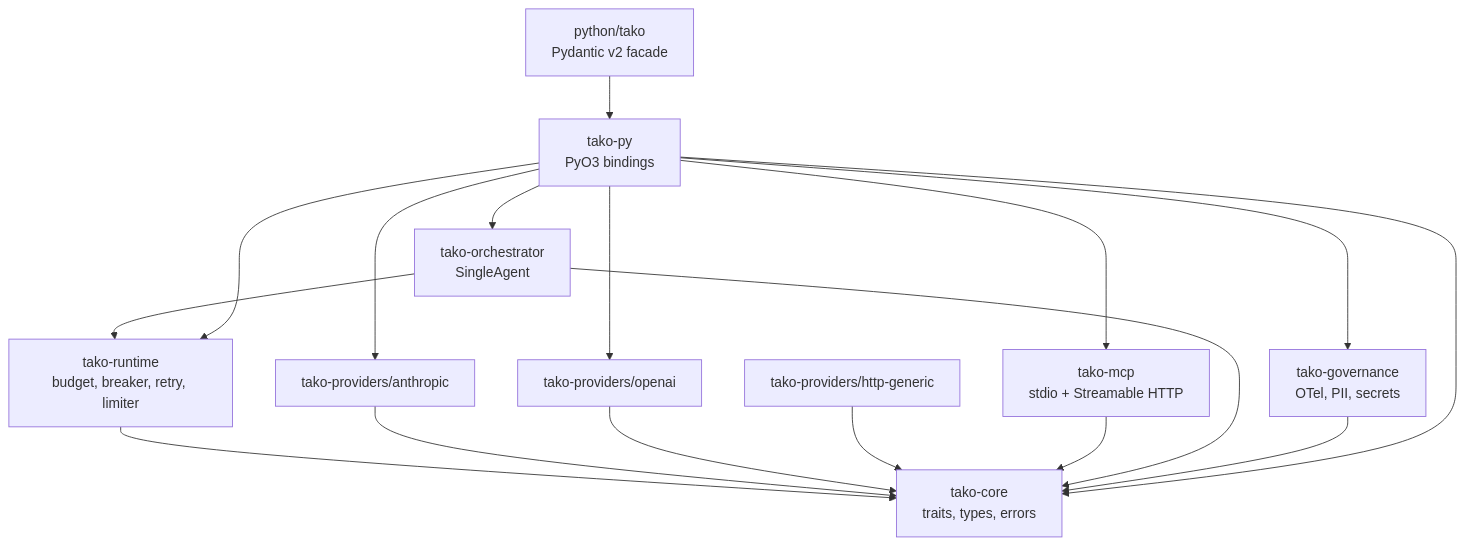
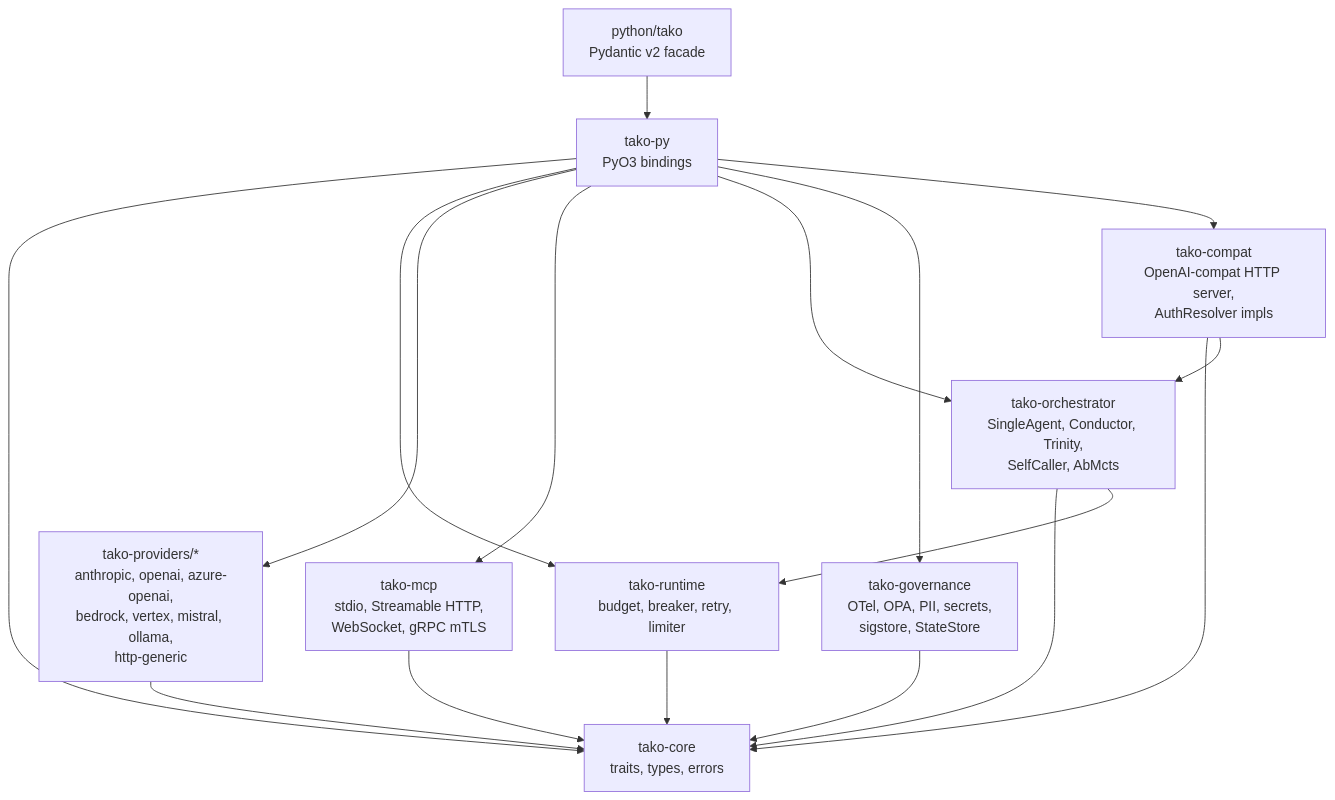
Before and after one commit to nyankobu010/tako-ai-core: the first of 3 diagrams in docs/architecture.md, drawn with Mermaid. The commit also changed other lines of this file and 21 other files, not shown here.

````diff
--- a/docs/architecture.md
+++ b/docs/architecture.md
@@ -8,36 +8,36 @@
 ```mermaid
 graph TD
     core[tako-core<br/>traits, types, errors]
 
     runtime[tako-runtime<br/>budget, breaker, retry, limiter]
     runtime --> core
 
-    anthropic[tako-providers/anthropic]
-    openai[tako-providers/openai]
-    httpgeneric[tako-providers/http-generic]
-    anthropic --> core
-    openai --> core
-    httpgeneric --> core
+    providers[tako-providers/*<br/>anthropic, openai, azure-openai,<br/>bedrock, vertex, mistral, ollama,<br/>http-generic]
+    providers --> core
 
-    mcp[tako-mcp<br/>stdio + Streamable HTTP]
+    mcp[tako-mcp<br/>stdio, Streamable HTTP,<br/>WebSocket, gRPC mTLS]
     mcp --> core
 
-    orch[tako-orchestrator<br/>SingleAgent]
+    orch[tako-orchestrator<br/>SingleAgent, Conductor, Trinity,<br/>SelfCaller, AbMcts]
     orch --> core
     orch --> runtime
 
-    gov[tako-governance<br/>OTel, PII, secrets]
+    gov[tako-governance<br/>OTel, OPA, PII, secrets,<br/>sigstore, StateStore]
     gov --> core
+
+    compat[tako-compat<br/>OpenAI-compat HTTP server,<br/>AuthResolver impls]
+    compat --> core
+    compat --> orch
 
     py[tako-py<br/>PyO3 bindings]
     py --> core
     py --> runtime
-    py --> anthropic
-    py --> openai
+    py --> providers
     py --> mcp
     py --> orch
     py --> gov
+    py --> compat
 
     facade[python/tako<br/>Pydantic v2 facade]
     facade --> py
 ```
````
